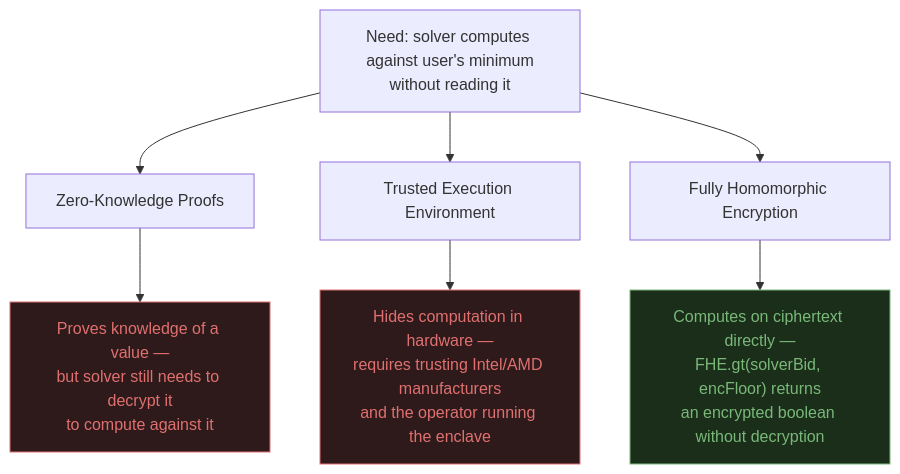
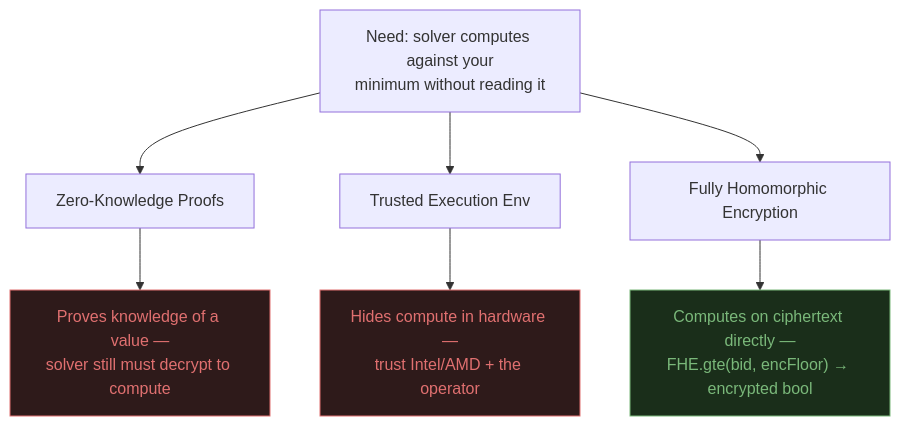
One commit to anxbt/GhostSwap changed the fifth of 6 diagrams in README.md. Above: the diagram before and after it, drawn with Mermaid. The commit also changed other lines of this file, not shown here.

````diff
--- a/README.md
+++ b/README.md
@@ -113,15 +212,13 @@
 ```mermaid
 graph TD
-    A[Need: solver computes against user's minimum<br/>without reading it]
+    A["Need: solver computes against your<br/>minimum without reading it"]
     A --> ZK[Zero-Knowledge Proofs]
-    A --> TEE[Trusted Execution Environment]
+    A --> TEE[Trusted Execution Env]
     A --> FHE[Fully Homomorphic Encryption]
-
-    ZK --> ZF["Proves knowledge of a value —<br/>but solver still needs to decrypt it<br/>to compute against it"]
-    TEE --> TF["Hides computation in hardware —<br/>requires trusting Intel/AMD manufacturers<br/>and the operator running the enclave"]
-    FHE --> FT["Computes on ciphertext directly —<br/>FHE.gt(solverBid, encFloor) returns<br/>an encrypted boolean without decryption"]
-
+    ZK --> ZF["Proves knowledge of a value —<br/>solver still must decrypt to compute"]
+    TEE --> TF["Hides compute in hardware —<br/>trust Intel/AMD + the operator"]
+    FHE --> FT["Computes on ciphertext directly —<br/>FHE.gte(bid, encFloor) → encrypted bool"]
     style FT fill:#1a2e1a,stroke:#7ab87a,color:#7ab87a
     style ZF fill:#2e1a1a,stroke:#e07070,color:#e07070
     style TF fill:#2e1a1a,stroke:#e07070,color:#e07070
 ```
````
